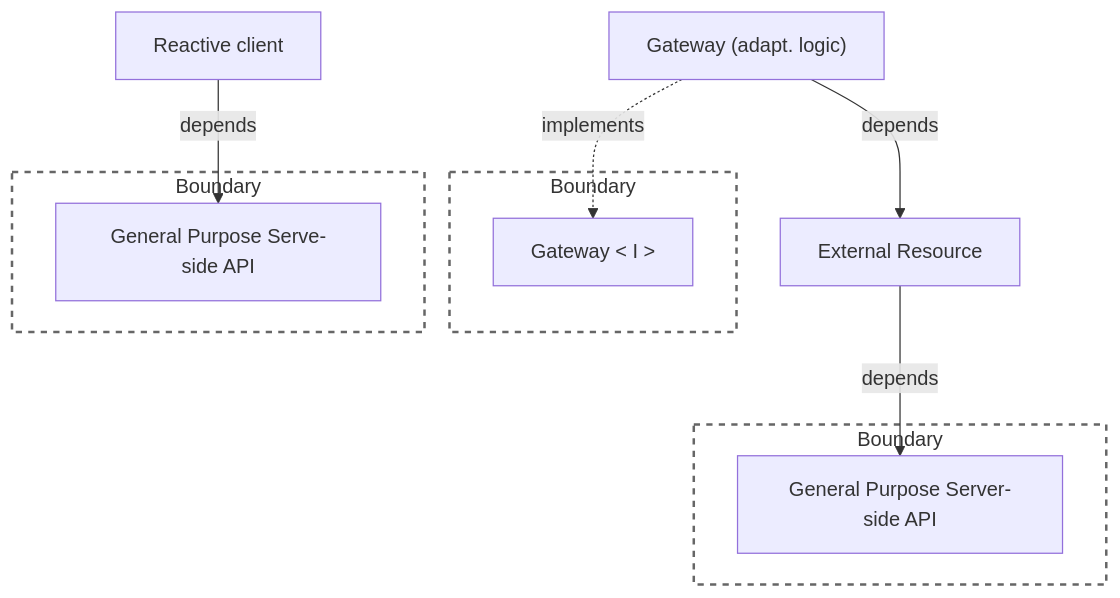
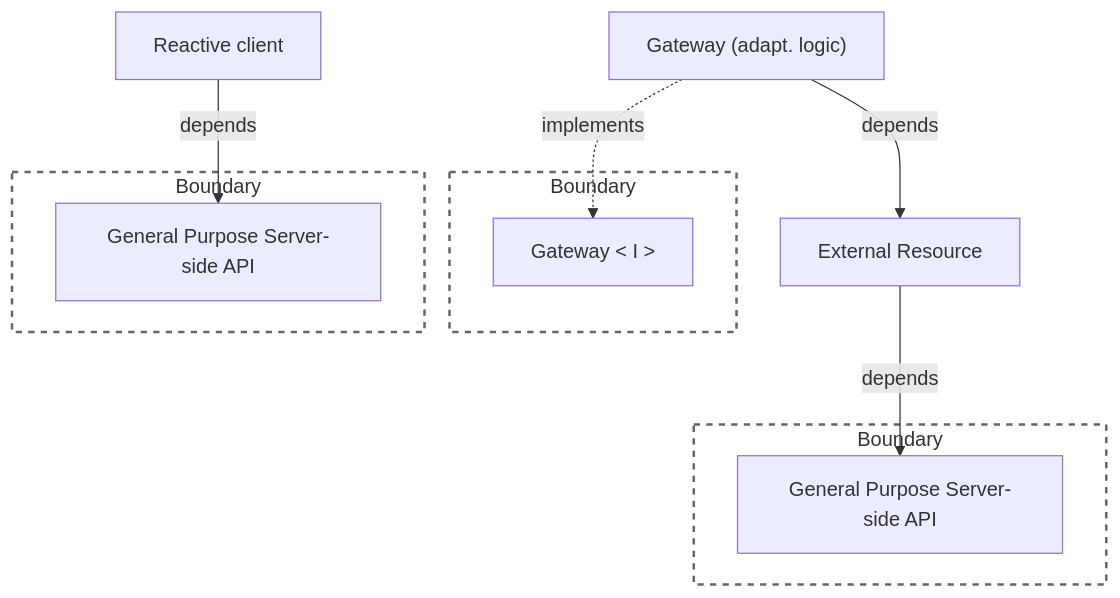
One commit to clean-reactive/documentation changed diagram 16 of 17 in docs/architecture.md. Above: the diagram before and after it, drawn with Mermaid. The commit also changed other lines of this file and 1 other file, not shown here.

````diff
--- a/docs/architecture.md
+++ b/docs/architecture.md
@@ -1180,29 +1180,29 @@
 ```mermaid
 graph TD
 
 subgraph B1["Boundary"]
   GI["Gateway < I >"]
 end
 G["Gateway (adapt. logic)"]
 ER["External Resource"]
 
 subgraph B2["Boundary"]
   GAPI["General Purpose Server-side API"]
 end
 
 G -. implements .-> GI
 G -- depends --> ER
 ER -- depends --> GAPI
 
 %% high-level relations
 RCC["Reactive client"]
 
 subgraph B3["Boundary"]
-  CGAPI["General Purpose Serve-side API"]
+  CGAPI["General Purpose Server-side API"]
 end
 
 RCC -- depends --> CGAPI
 
 classDef boundary fill:none,stroke:#666,stroke-width:2px,stroke-dasharray: 5 5;
 class B1,B2,B3 boundary;
 ```
````
